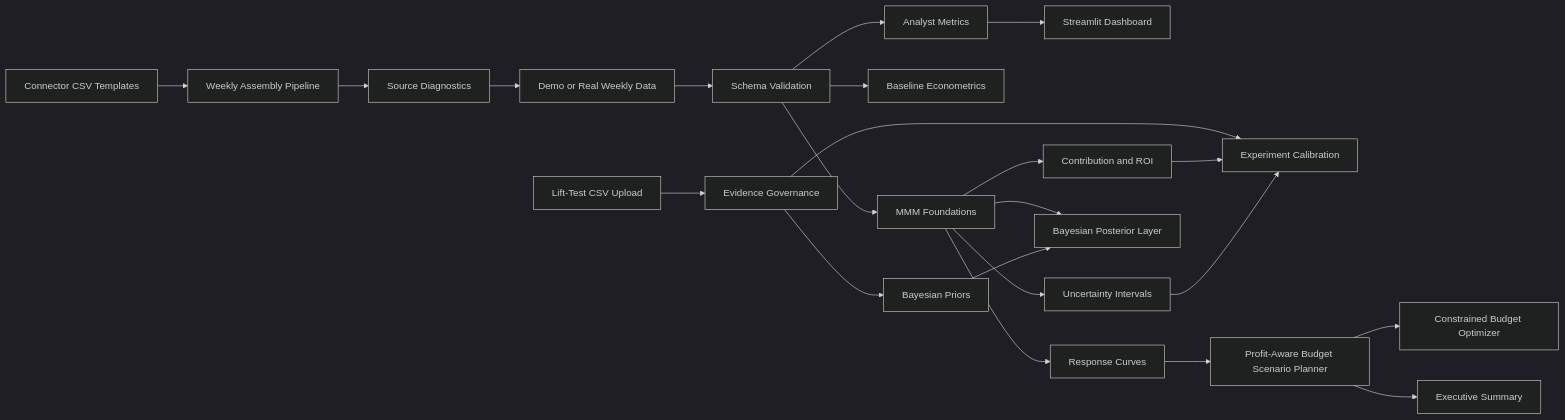
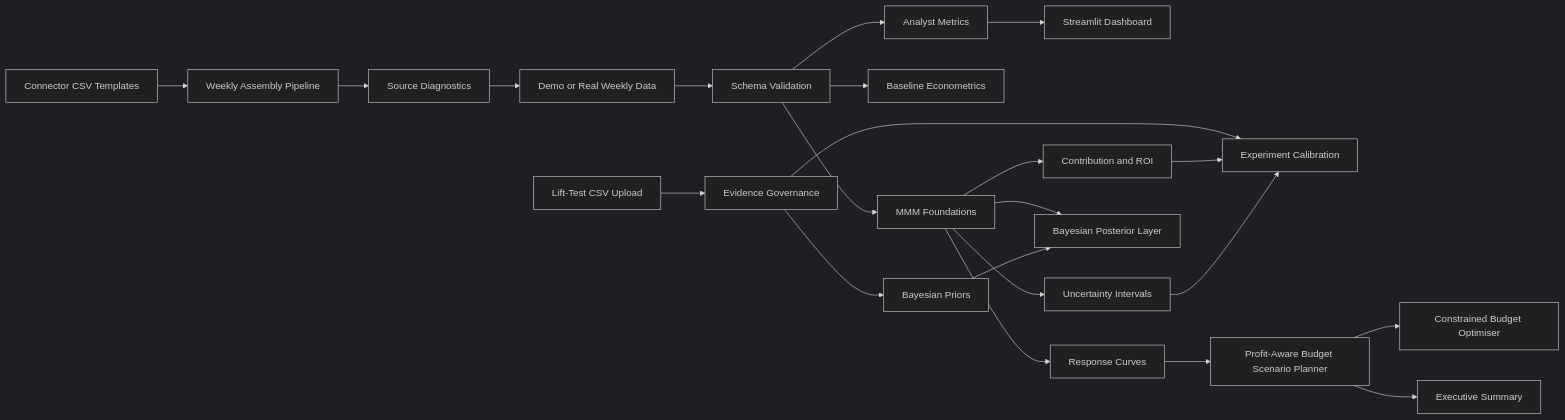
The diagram in docs/architecture.md (rosscyking1115/marketing-effectiveness-lab), drawn with Mermaid (dark theme) before and after one commit. The commit also changed other lines of this file and 18 other files, not shown here.

````diff
--- a/docs/architecture.md
+++ b/docs/architecture.md
@@ -8,24 +8,24 @@
 ```mermaid
 flowchart LR
     R["Connector CSV Templates"] --> S["Weekly Assembly Pipeline"]
     S --> T["Source Diagnostics"]
     T --> A["Demo or Real Weekly Data"]
     A --> B["Schema Validation"]
     B --> C["Analyst Metrics"]
     C --> D["Streamlit Dashboard"]
     B --> E["Baseline Econometrics"]
     B --> F["MMM Foundations"]
     F --> G["Contribution and ROI"]
     F --> H["Uncertainty Intervals"]
     M["Lift-Test CSV Upload"] --> N["Evidence Governance"]
     N --> I["Experiment Calibration"]
     N --> O["Bayesian Priors"]
     G --> I
     H --> I
     F --> P["Bayesian Posterior Layer"]
     O --> P
     F --> J["Response Curves"]
     J --> K["Profit-Aware Budget Scenario Planner"]
-    K --> Q["Constrained Budget Optimizer"]
+    K --> Q["Constrained Budget Optimiser"]
     K --> L["Executive Summary"]
 ```
````
